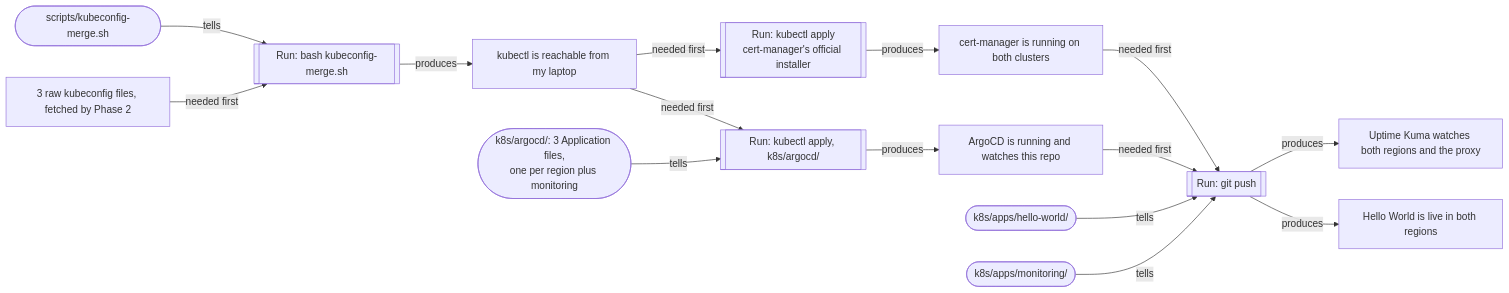
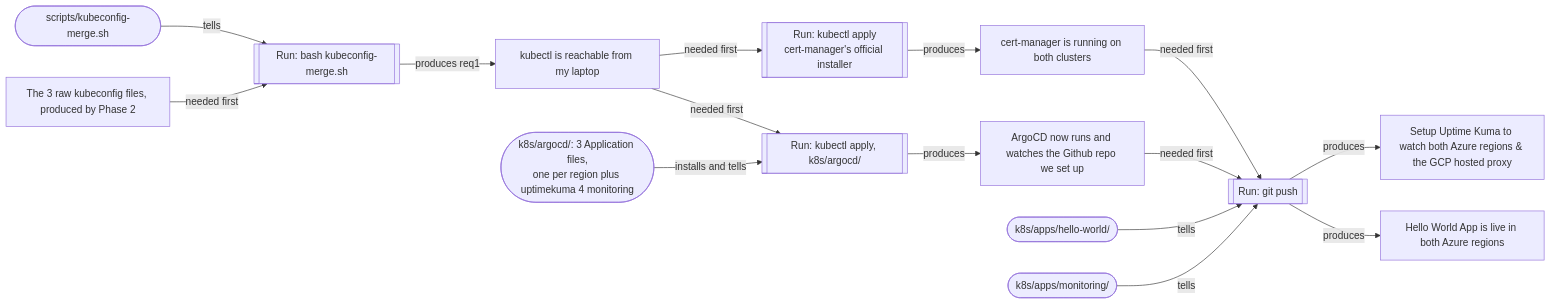
The fourth of 7 diagrams in README.md (Dennis4507/cloud-native-ha-platform), drawn with Mermaid before and after one commit. The commit also changed other lines of this file, not shown here.

````diff
--- a/README.md
+++ b/README.md
@@ -113,20 +111,20 @@
 ```mermaid
 flowchart LR
-    IN3["3 raw kubeconfig files, fetched by Phase 2"] -->|needed first| CMD3B[["Run: bash kubeconfig-merge.sh"]]
+    IN3["The 3 raw kubeconfig files, produced by Phase 2"] -->|needed first| CMD3B[["Run: bash kubeconfig-merge.sh"]]
     F3B(["scripts/kubeconfig-merge.sh"]) -->|tells| CMD3B
-    CMD3B -->|produces| OUT3B["kubectl is reachable from my laptop"]
+    CMD3B -->|produces req1| OUT3B["kubectl is reachable from my laptop"]
 
     OUT3B -->|needed first| CMD4[["Run: kubectl apply, k8s/argocd/"]]
-    F4(["k8s/argocd/: 3 Application files,<br/>one per region plus monitoring"]) -->|tells| CMD4
-    CMD4 -->|produces| OUT4["ArgoCD is running and watches this repo"]
+    F4(["k8s/argocd/: 3 Application files,<br/>one per region plus uptimekuma 4 monitoring"]) -->|installs and tells| CMD4
+    CMD4 -->|produces| OUT4["ArgoCD now runs and watches the Github repo we set up"]
 
     OUT3B -->|needed first| CMDCM[["Run: kubectl apply<br/>cert-manager's official installer"]]
     CMDCM -->|produces| OUTCM["cert-manager is running on both clusters"]
 
     F5A(["k8s/apps/hello-world/"]) -->|tells| CMD5[["Run: git push"]]
     F5B(["k8s/apps/monitoring/"]) -->|tells| CMD5
     OUT4 -->|needed first| CMD5
     OUTCM -->|needed first| CMD5
-    CMD5 -->|produces| OUT5A["Hello World is live in both regions"]
-    CMD5 -->|produces| OUT5B["Uptime Kuma watches both regions and the proxy"]
+    CMD5 -->|produces| OUT5A["Hello World App is live in both Azure regions"]
+    CMD5 -->|produces| OUT5B["Setup Uptime Kuma to watch both Azure regions & the GCP hosted proxy"]
 ```
````
